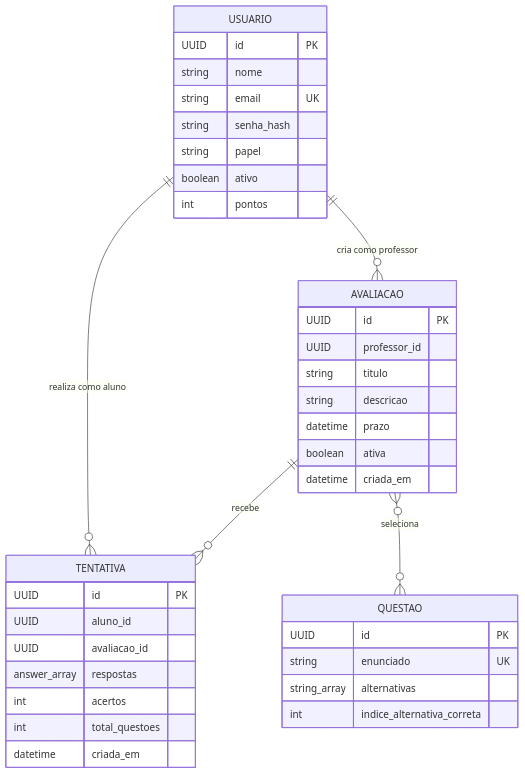
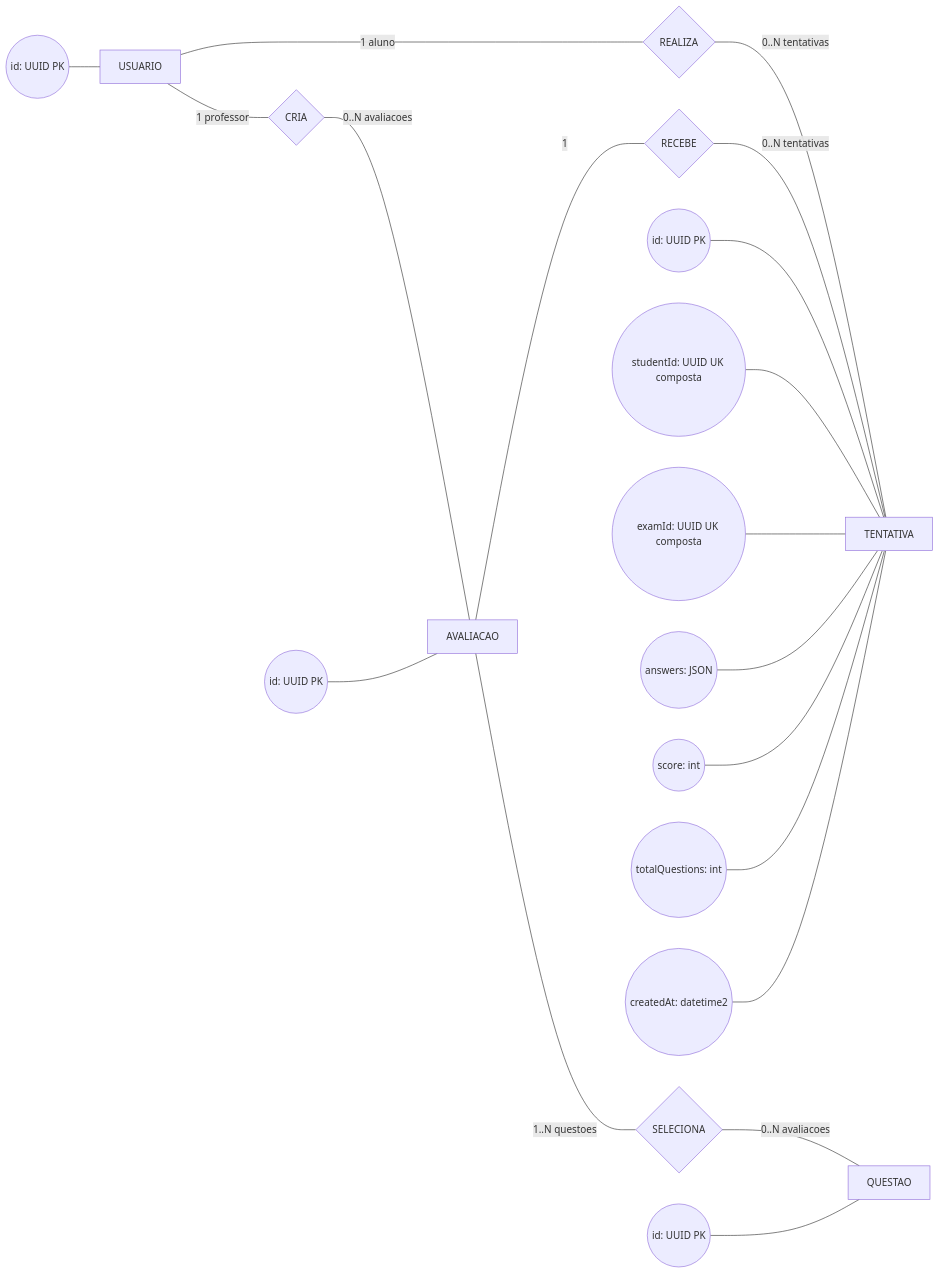
Before and after one commit to p-v-dev/PIM-IV: the diagram in docs/ER/MER.md, drawn with Mermaid. The commit also changed other lines of this file and 1 other file, not shown here.

Commit message:
Padroniza diagramas MER e DER

````diff
--- a/docs/ER/MER.md
+++ b/docs/ER/MER.md
@@ -6,44 +6,33 @@
 ```mermaid
-erDiagram
-    USUARIO ||--o{ AVALIACAO : "cria como professor"
-    USUARIO ||--o{ TENTATIVA : "realiza como aluno"
-    AVALIACAO ||--o{ TENTATIVA : "recebe"
-    AVALIACAO }o--o{ QUESTAO : "seleciona"
+flowchart LR
+    USUARIO[USUARIO]
+    AVALIACAO[AVALIACAO]
+    QUESTAO[QUESTAO]
+    TENTATIVA[TENTATIVA]
 
-    USUARIO {
-        UUID id PK
-        string nome
-        string email UK
-        string senha_hash
-        string papel
-        boolean ativo
-        int pontos
-    }
+    CRIA{CRIA}
+    REALIZA{REALIZA}
+    RECEBE{RECEBE}
+    SELECIONA{SELECIONA}
 
-    QUESTAO {
-        UUID id PK
-        string enunciado UK
-        string_array alternativas
-        int indice_alternativa_correta
-    }
+    USUARIO ---|"1 professor"| CRIA
+    CRIA ---|"0..N avaliacoes"| AVALIACAO
+    USUARIO ---|"1 aluno"| REALIZA
+    REALIZA ---|"0..N tentativas"| TENTATIVA
+    AVALIACAO ---|"1"| RECEBE
+    RECEBE ---|"0..N tentativas"| TENTATIVA
+    AVALIACAO ---|"1..N questoes"| SELECIONA
+    SELECIONA ---|"0..N avaliacoes"| QUESTAO
 
-    AVALIACAO {
-        UUID id PK
-        UUID professor_id
-        string titulo
-        string descricao
-        datetime prazo
-        boolean ativa
-        datetime criada_em
-    }
+    userId((id: UUID PK)) --- USUARIO
+    examId((id: UUID PK)) --- AVALIACAO
+    questionId((id: UUID PK)) --- QUESTAO
 
-    TENTATIVA {
-        UUID id PK
-        UUID aluno_id
-        UUID avaliacao_id
-        answer_array respostas
-        int acertos
-        int total_questoes
-        datetime criada_em
-    }
+    attemptId((id: UUID PK)) --- TENTATIVA
+    attemptStudent((studentId: UUID UK composta)) --- TENTATIVA
+    attemptExam((examId: UUID UK composta)) --- TENTATIVA
+    attemptAnswers((answers: JSON)) --- TENTATIVA
+    attemptScore((score: int)) --- TENTATIVA
+    attemptTotal((totalQuestions: int)) --- TENTATIVA
+    attemptCreated((createdAt: datetime2)) --- TENTATIVA
 ```
````
